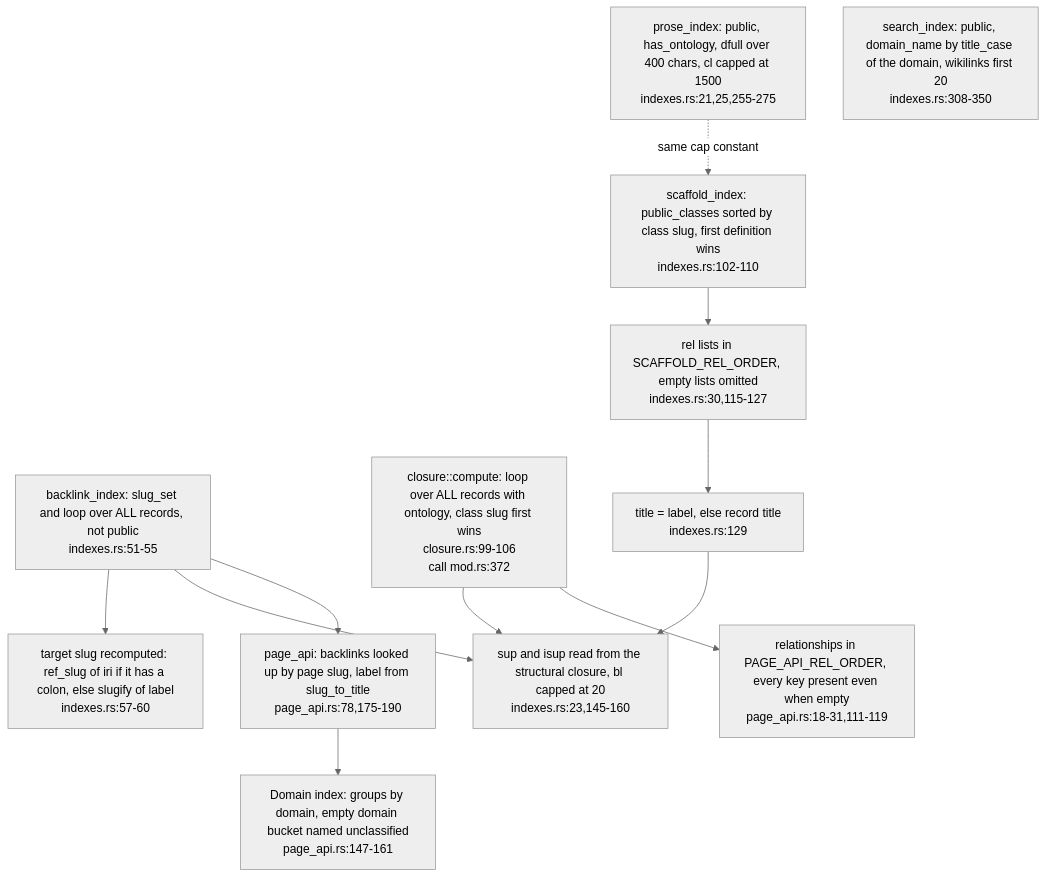
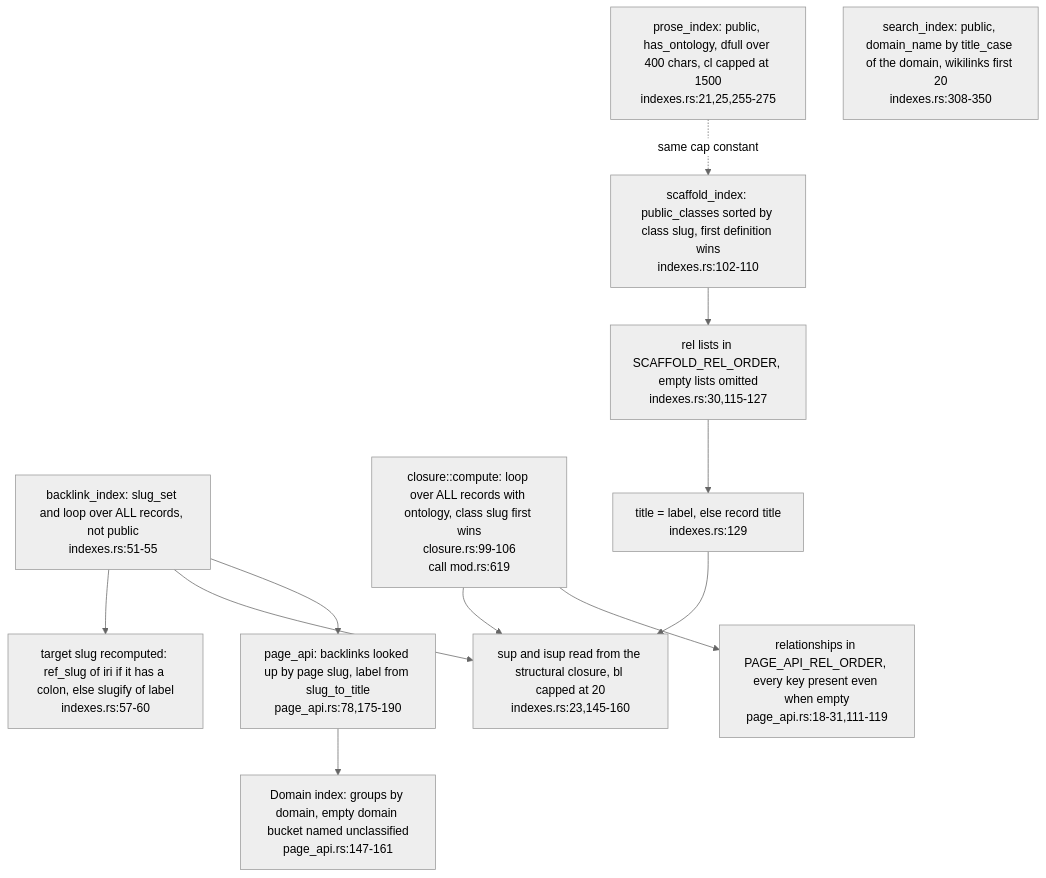
The fifth of 7 diagrams in docs/diagrams/ontomark/04-emitters-turtle-indexes-tiers-and-contract-c3.md (DreamLab-AI/VisionFlow), drawn with Mermaid (neutral theme) before and after one commit. The commit also changed other lines of this file and 10 other files, not shown here.

First line of the commit message:
docs(diagrams): re-stamp the ontomark corpus at ee9e04a; OM-06 machine scope and ingest contract

````diff
--- a/docs/diagrams/ontomark/04-emitters-turtle-indexes-tiers-and-contract-c3.md
+++ b/docs/diagrams/ontomark/04-emitters-turtle-indexes-tiers-and-contract-c3.md
@@ -168,23 +172,23 @@
 ```mermaid
 flowchart TD
     BL["backlink_index: slug_set and loop over ALL records, not public<br/>indexes.rs:51-55"]
     BLSLUG["target slug recomputed: ref_slug of iri if it has a colon, else slugify of label<br/>indexes.rs:57-60"]
-    CLO["closure::compute: loop over ALL records with ontology, class slug first wins<br/>closure.rs:99-106<br/>call mod.rs:372"]
+    CLO["closure::compute: loop over ALL records with ontology, class slug first wins<br/>closure.rs:99-106<br/>call mod.rs:619"]
     SC["scaffold_index: public_classes sorted by class slug, first definition wins<br/>indexes.rs:102-110"]
     SCREL["rel lists in SCAFFOLD_REL_ORDER, empty lists omitted<br/>indexes.rs:30,115-127"]
     SCTITLE["title = label, else record title<br/>indexes.rs:129"]
     SCSUP["sup and isup read from the structural closure, bl capped at 20<br/>indexes.rs:23,145-160"]
     PR["prose_index: public, has_ontology, dfull over 400 chars, cl capped at 1500<br/>indexes.rs:21,25,255-275"]
     SE["search_index: public, domain_name by title_case of the domain, wikilinks first 20<br/>indexes.rs:308-350"]
     PGS["page_api: backlinks looked up by page slug, label from slug_to_title<br/>page_api.rs:78,175-190"]
     PGD["Domain index: groups by domain, empty domain bucket named unclassified<br/>page_api.rs:147-161"]
     PGREL["relationships in PAGE_API_REL_ORDER, every key present even when empty<br/>page_api.rs:18-31,111-119"]
     BL --> BLSLUG
     BL --> SCSUP
     BL --> PGS
     CLO --> SCSUP
     CLO --> PGREL
     SC --> SCREL --> SCTITLE --> SCSUP
     PR -. same cap constant .-> SC
     PGS --> PGD
 ```
````
